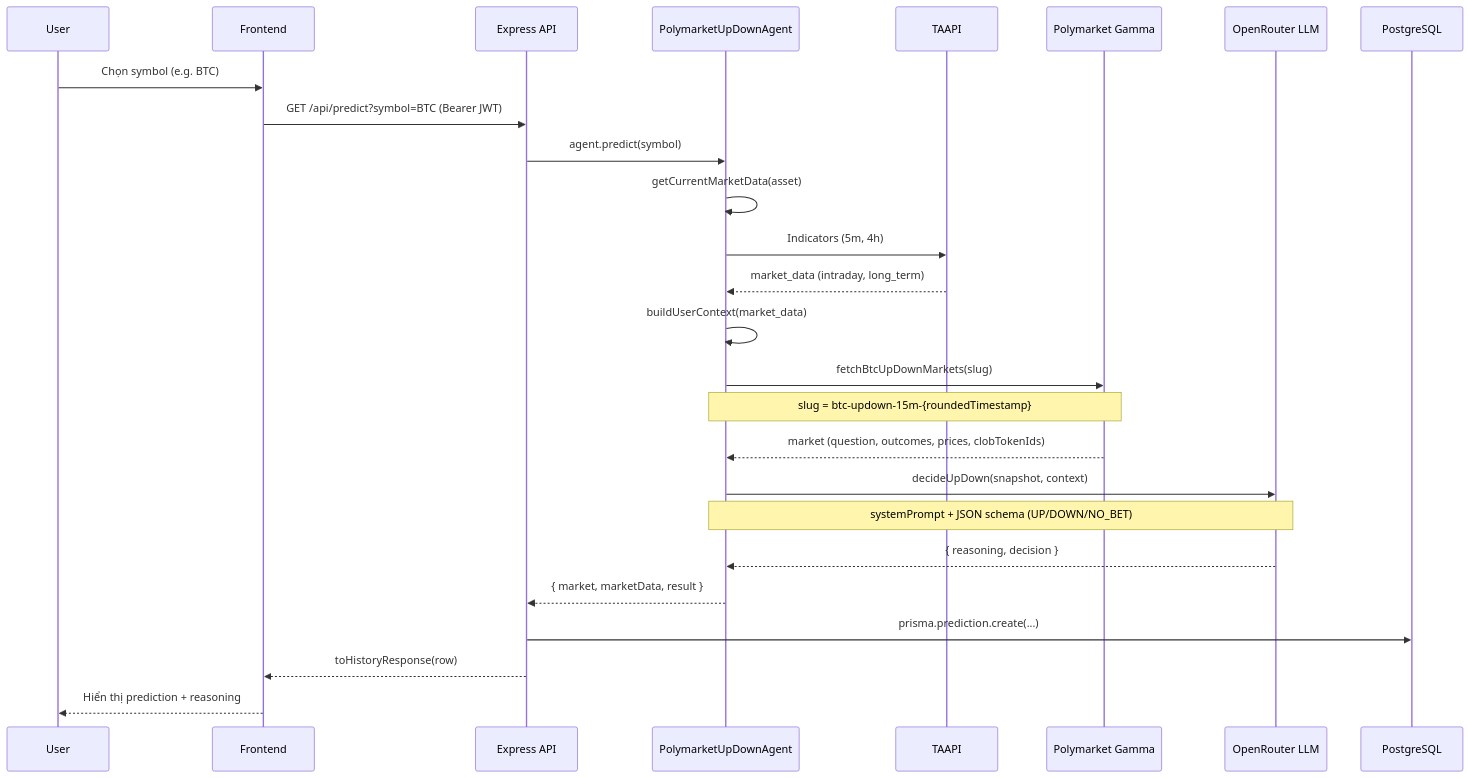
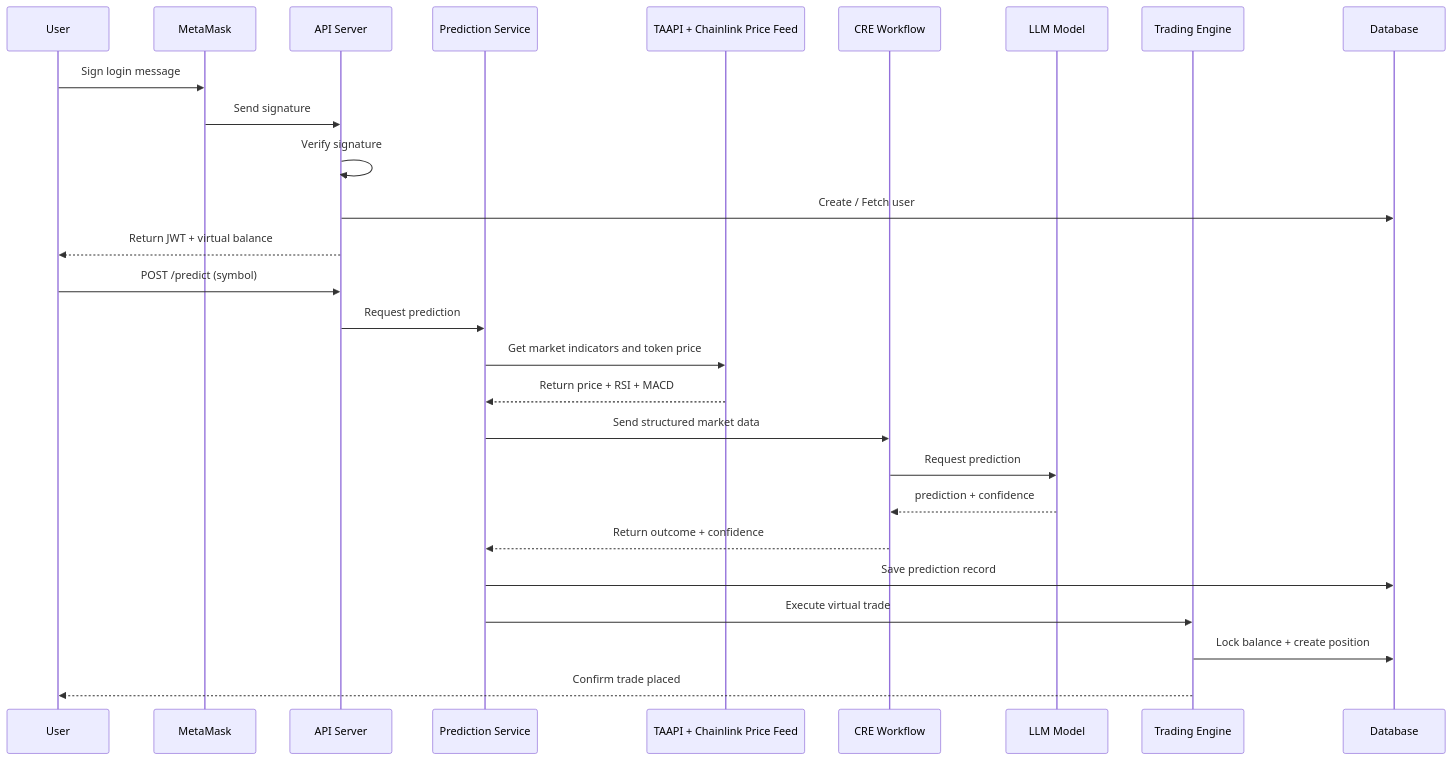
The second of 4 diagrams in docs/prediction-bot-architecture-workflow-mermaid.md (tuanzoro2k/prediction_up_down_bot), drawn with Mermaid before and after one commit. The commit also changed other lines of this file, not shown here.

Commit message:
add diagram architecture and workflow

````diff
--- a/docs/prediction-bot-architecture-workflow-mermaid.md
+++ b/docs/prediction-bot-architecture-workflow-mermaid.md
@@ -71,33 +34,41 @@
 ```mermaid
 sequenceDiagram
-    participant User
-    participant Frontend
-    participant API as Express API
-    participant Agent as PolymarketUpDownAgent
-    participant TAAPI as TAAPI
-    participant Gamma as Polymarket Gamma
-    participant OpenRouter as OpenRouter LLM
-    participant DB as PostgreSQL
+    participant U as User
+    participant MM as MetaMask
+    participant API as API Server
+    participant PS as Prediction Service
+    participant TA as TAAPI + Chainlink Price Feed
+    participant CRE as CRE Workflow
+    participant LLM as LLM Model
+    participant TE as Trading Engine
+    participant DB as Database
 
-    User->>Frontend: Chọn symbol (e.g. BTC)
-    Frontend->>API: GET /api/predict?symbol=BTC (Bearer JWT)
-    API->>Agent: agent.predict(symbol)
+    %% Login Flow
+    U->>MM: Sign login message
+    MM->>API: Send signature
+    API->>API: Verify signature
+    API->>DB: Create / Fetch user
+    API-->>U: Return JWT + virtual balance
 
-    Agent->>Agent: getCurrentMarketData(asset)
-    Agent->>TAAPI: Indicators (5m, 4h)
-    TAAPI-->>Agent: market_data (intraday, long_term)
-    Agent->>Agent: buildUserContext(market_data)
+    %% Prediction Flow
+    U->>API: POST /predict (symbol)
+    API->>PS: Request prediction
 
-    Agent->>Gamma: fetchBtcUpDownMarkets(slug)
-    Note over Agent,Gamma: slug = btc-updown-15m-{roundedTimestamp}
-    Gamma-->>Agent: market (question, outcomes, prices, clobTokenIds)
+    %% Fetch market data
+    PS->>TA: Get market indicators and token price
+    TA-->>PS: Return price + RSI + MACD
 
-    Agent->>OpenRouter: decideUpDown(snapshot, context)
-    Note over Agent,OpenRouter: systemPrompt + JSON schema (UP/DOWN/NO_BET)
-    OpenRouter-->>Agent: { reasoning, decision }
+    %% AI Prediction
+    PS->>CRE: Send structured market data
+    CRE->>LLM: Request prediction
+    LLM-->>CRE: prediction + confidence
+    CRE-->>PS: Return outcome + confidence
 
-    Agent-->>API: { market, marketData, result }
-    API->>DB: prisma.prediction.create(...)
-    API-->>Frontend: toHistoryResponse(row)
-    Frontend-->>User: Hiển thị prediction + reasoning
+    %% Store prediction
+    PS->>DB: Save prediction record
+
+    %% Execute trade
+    PS->>TE: Execute virtual trade
+    TE->>DB: Lock balance + create position
+    TE-->>U: Confirm trade placed
 ```
````
